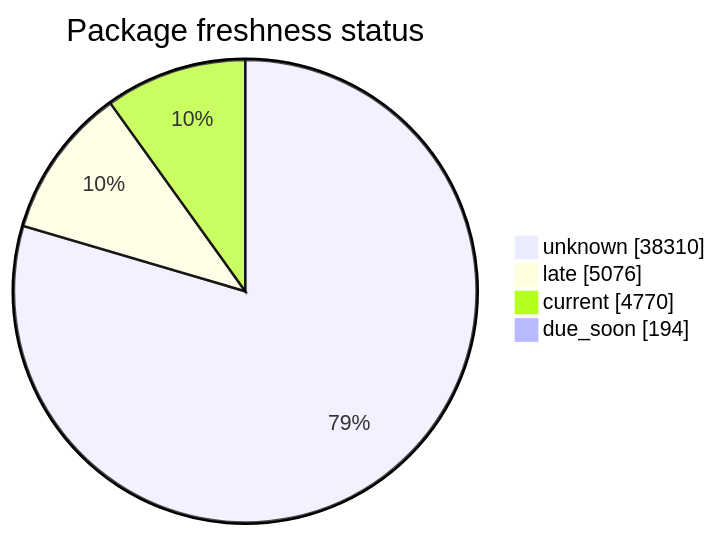
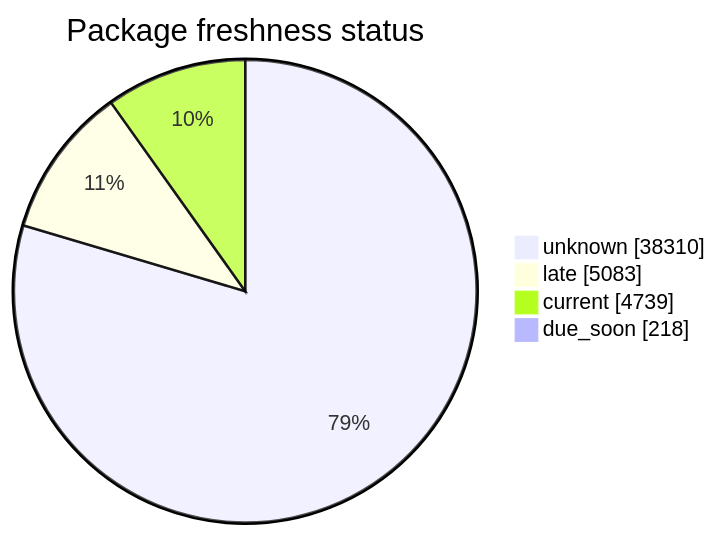
One commit to open-data/analytics-corporate-reporting changed the second of 5 diagrams in FreshCheck/README.md. Above: the diagram before and after it, drawn with Mermaid. The commit also changed other lines of this file and 3 other files, not shown here.

````diff
--- a/FreshCheck/README.md
+++ b/FreshCheck/README.md
@@ -68,7 +68,7 @@
 ```mermaid
 pie showData title Package freshness status
     "unknown": 38310
-    "late": 5076
-    "current": 4770
-    "due_soon": 194
+    "late": 5083
+    "current": 4739
+    "due_soon": 218
 ```
````
